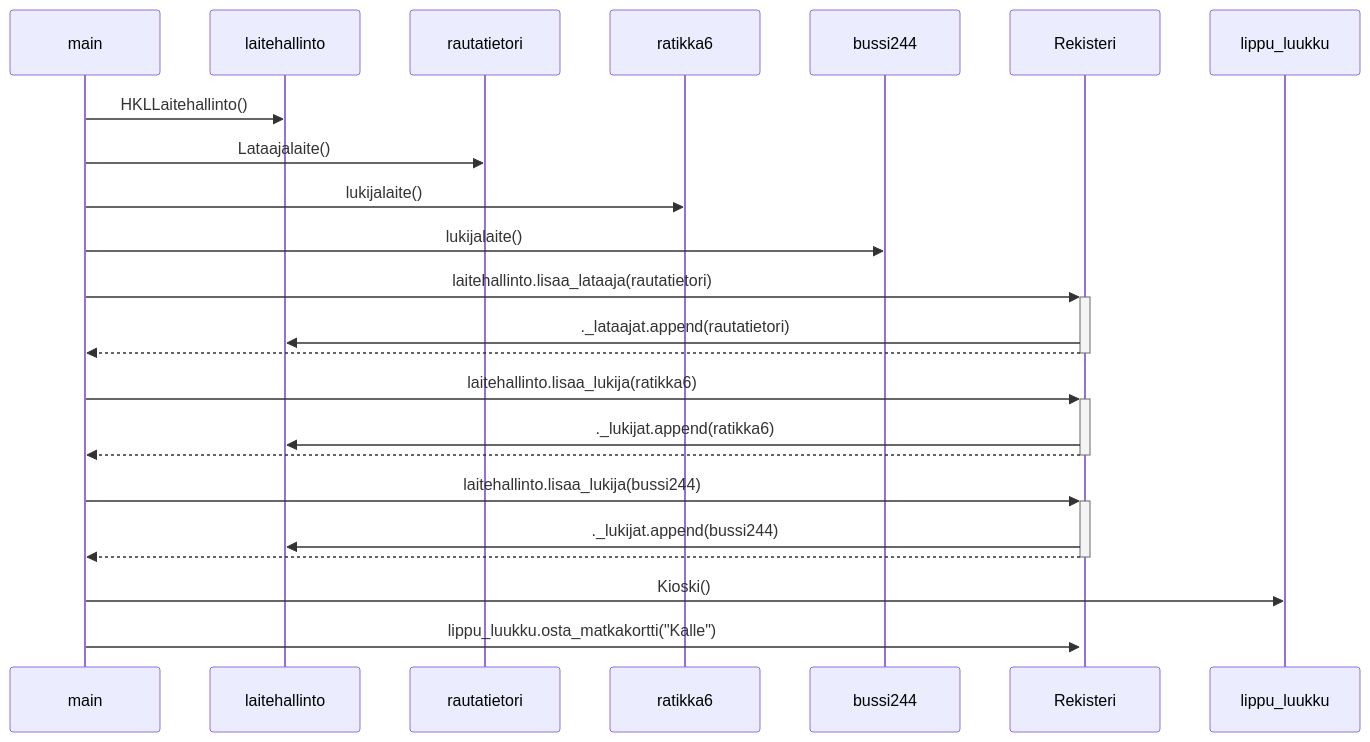
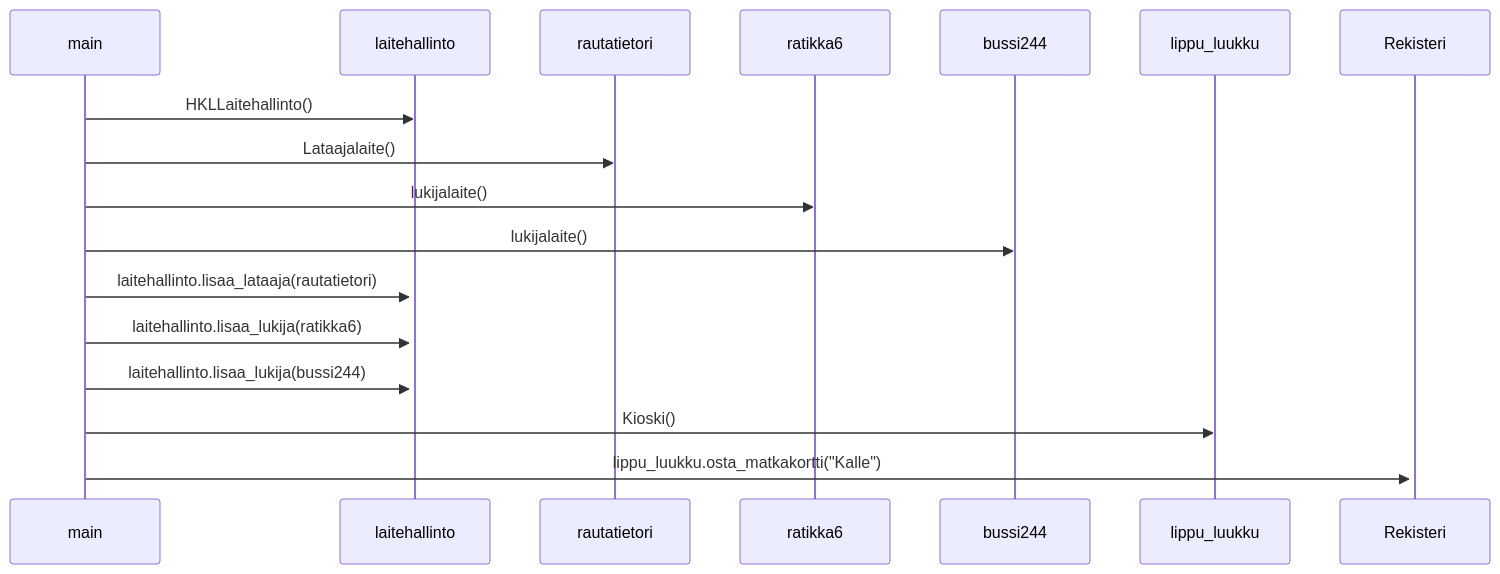
The fourth of 4 diagrams in laskarit/viikko3/UML.md (VehvilainenPooki/OTProjekti), drawn with Mermaid before and after one commit.

````diff
--- a/laskarit/viikko3/UML.md
+++ b/laskarit/viikko3/UML.md
@@ -108,18 +108,15 @@
 ```mermaid
  sequenceDiagram
       main->>laitehallinto: HKLLaitehallinto()
       main->>rautatietori: Lataajalaite()
       main->>ratikka6: lukijalaite()
       main->>bussi244: lukijalaite()
-      main->>+Rekisteri: laitehallinto.lisaa_lataaja(rautatietori)
-      Rekisteri->>laitehallinto: ._lataajat.append(rautatietori)
-      Rekisteri-->>-main:  
-      main->>+Rekisteri: laitehallinto.lisaa_lukija(ratikka6)
-      Rekisteri->>laitehallinto: ._lukijat.append(ratikka6)
-      Rekisteri-->>-main:  
-      main->>+Rekisteri: laitehallinto.lisaa_lukija(bussi244)
-      Rekisteri->>laitehallinto: ._lukijat.append(bussi244)
-      Rekisteri-->>-main:  
+      main->>+laitehallinto: laitehallinto.lisaa_lataaja(rautatietori)
+       
+      main->>+laitehallinto: laitehallinto.lisaa_lukija(ratikka6)
+      
+      main->>+laitehallinto: laitehallinto.lisaa_lukija(bussi244)
+      
       main->>lippu_luukku: Kioski()
       main->>+Rekisteri: lippu_luukku.osta_matkakortti("Kalle")
 ```
````
